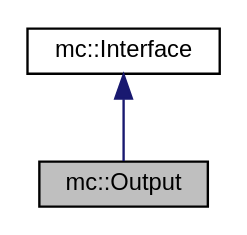
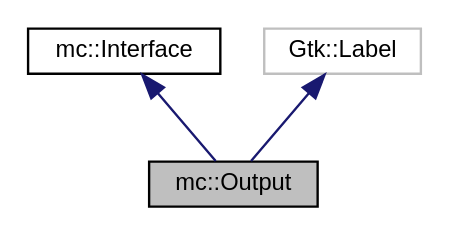
Before and after one commit to mjhouse/mcalc: the diagram in docs/classmc_1_1Output__inherit__graph.dot, drawn with Graphviz. The commit also changed 54 other files, not shown here.

```diff
--- a/docs/classmc_1_1Output__inherit__graph.dot
+++ b/docs/classmc_1_1Output__inherit__graph.dot
@@ -1,8 +1,10 @@
 digraph "mc::Output"
 {
   edge [fontname="Helvetica",fontsize="10",labelfontname="Helvetica",labelfontsize="10"];
   node [fontname="Helvetica",fontsize="10",shape=record];
   Node1 [label="mc::Output",height=0.2,width=0.4,color="black", fillcolor="grey75", style="filled", fontcolor="black"];
   Node2 -> Node1 [dir="back",color="midnightblue",fontsize="10",style="solid",fontname="Helvetica"];
   Node2 [label="mc::Interface",height=0.2,width=0.4,color="black", fillcolor="white", style="filled",URL="$classmc_1_1Interface.html"];
+  Node3 -> Node1 [dir="back",color="midnightblue",fontsize="10",style="solid",fontname="Helvetica"];
+  Node3 [label="Gtk::Label",height=0.2,width=0.4,color="grey75", fillcolor="white", style="filled"];
 }
```
